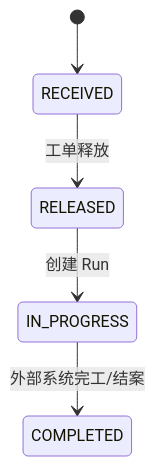
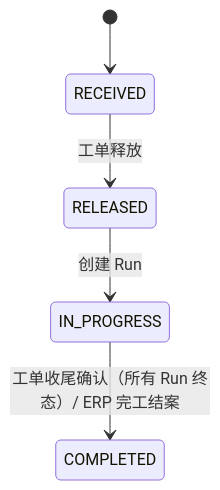
One commit to catoncat/better changed the first of 3 diagrams in domain_docs/mes/spec/process/02_state_machines.md. Above: the diagram before and after it, drawn with Mermaid. The commit also changed other lines of this file and 25 other files, not shown here.

````diff
--- a/domain_docs/mes/spec/process/02_state_machines.md
+++ b/domain_docs/mes/spec/process/02_state_machines.md
@@ -5,7 +5,7 @@
 ```mermaid
 stateDiagram-v2
   [*] --> RECEIVED
   RECEIVED --> RELEASED: 工单释放
   RELEASED --> IN_PROGRESS: 创建 Run
-  IN_PROGRESS --> COMPLETED: 外部系统完工/结案
+  IN_PROGRESS --> COMPLETED: 工单收尾确认（所有 Run 终态）/ ERP 完工结案
 ```
````
